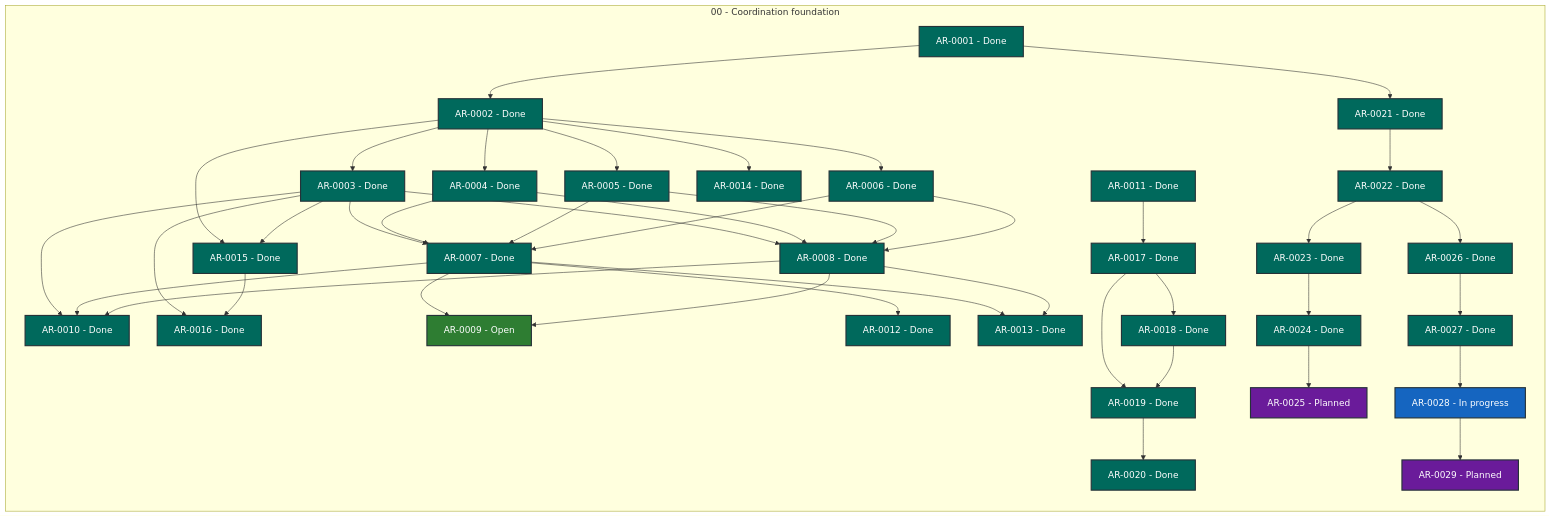
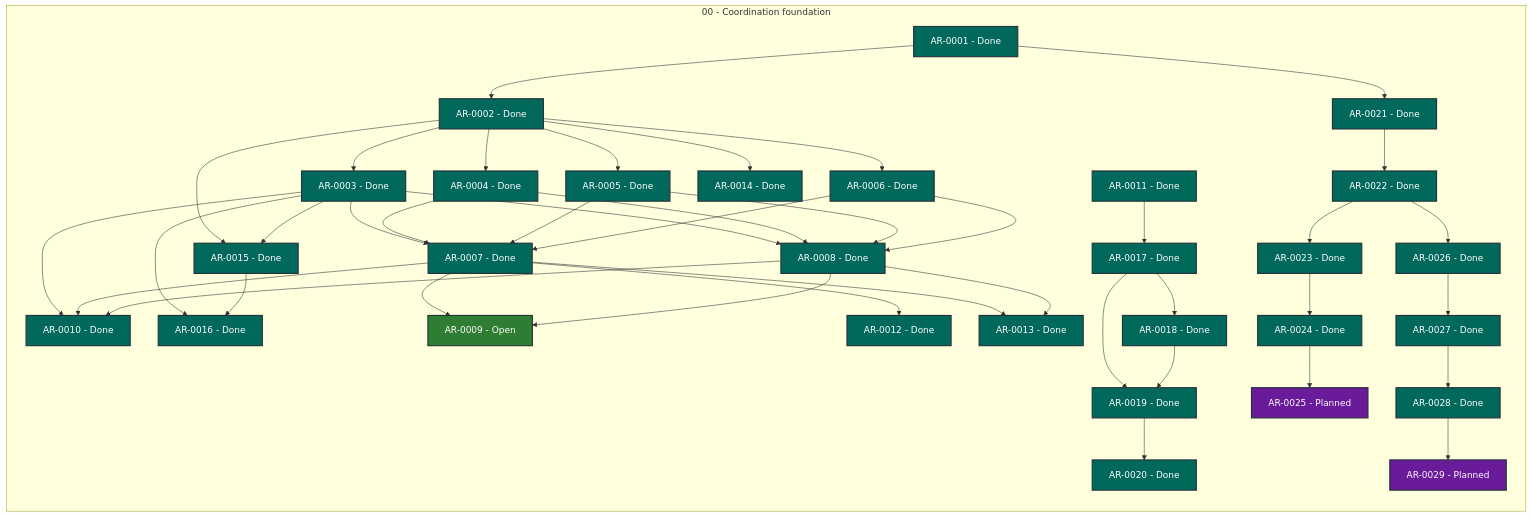
One commit to martin-beck/agent-workflow-coordinator-state changed the diagram in STATUS.md. Above: the diagram before and after it, drawn with Mermaid. The commit also changed other lines of this file and 2 other files, not shown here.

```diff
--- a/STATUS.md
+++ b/STATUS.md
@@ -55,7 +55,7 @@
         AR_0025["AR-0025 - Planned"]:::status_planned
         AR_0026["AR-0026 - Done"]:::status_done
         AR_0027["AR-0027 - Done"]:::status_done
-        AR_0028["AR-0028 - In progress"]:::status_in_progress
+        AR_0028["AR-0028 - Done"]:::status_done
         AR_0029["AR-0029 - Planned"]:::status_planned
     end
     AR_0001 --> AR_0002
```
